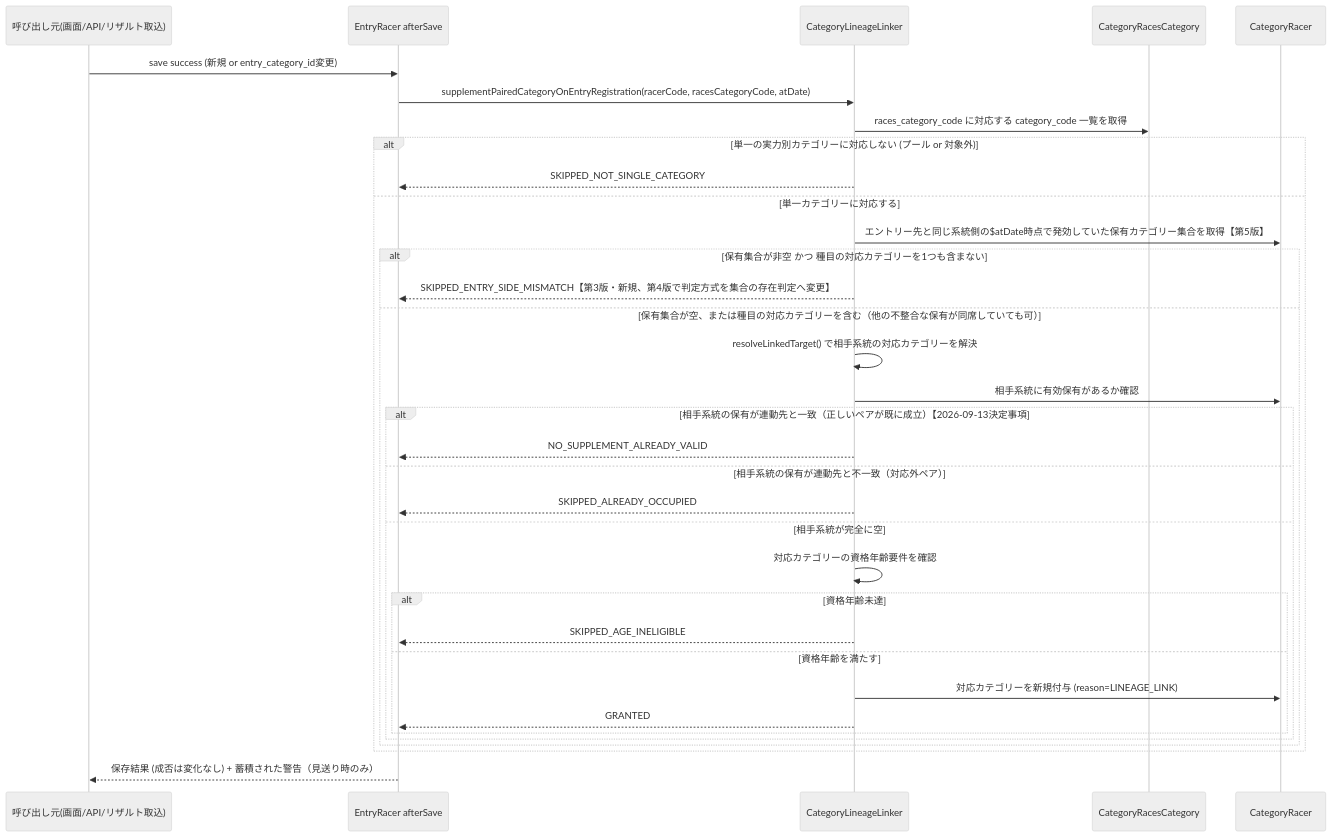
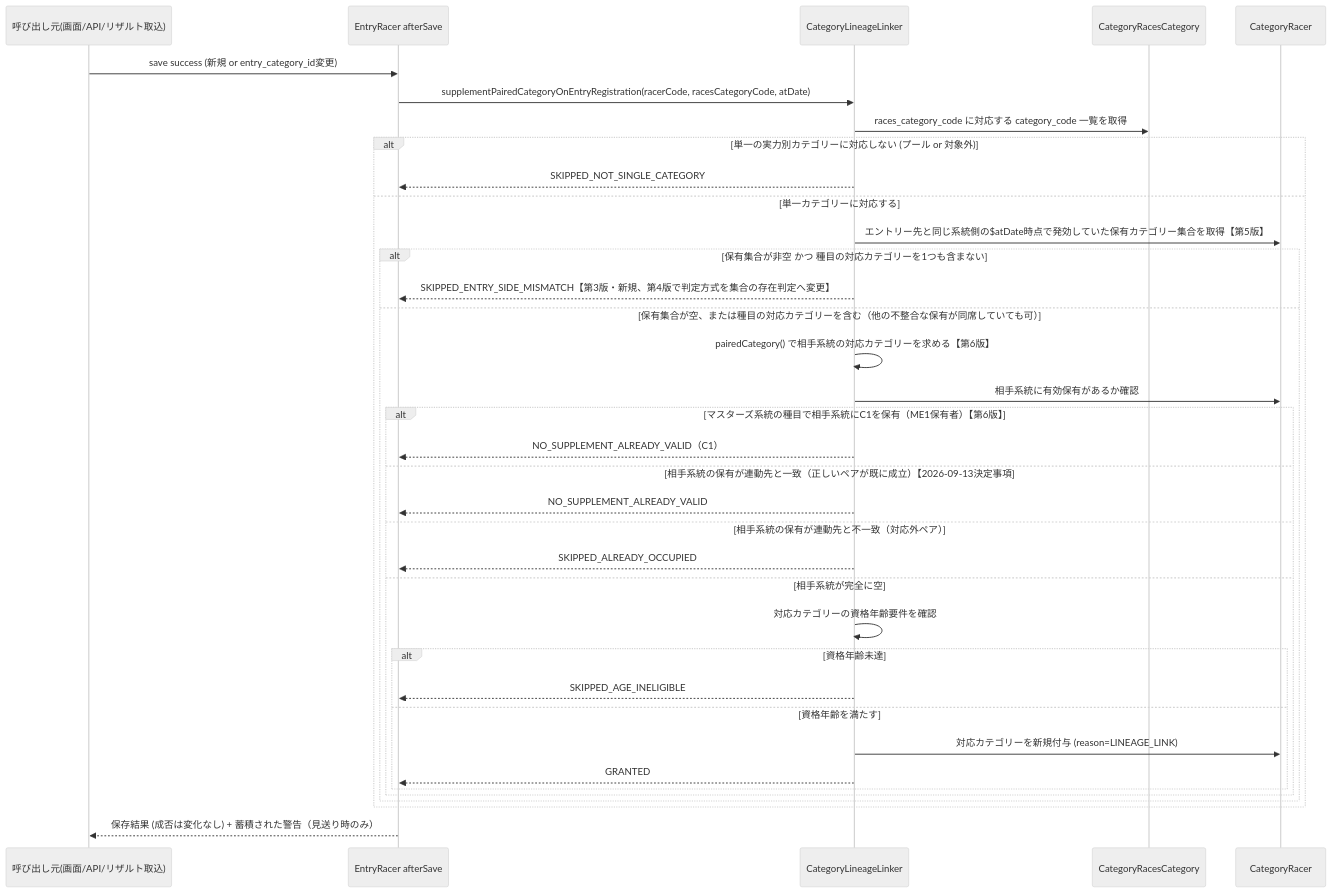
One commit to cyclox-dev/cyclox2_docker changed the second of 4 diagrams in .kiro/specs/entry-auto-category-2026-27/design.md. Above: the diagram before and after it, drawn with Mermaid (neutral theme). The commit also changed other lines of this file and 14 other files, not shown here.

````diff
--- a/.kiro/specs/entry-auto-category-2026-27/design.md
+++ b/.kiro/specs/entry-auto-category-2026-27/design.md
@@ -300,37 +350,39 @@
 ```mermaid
 sequenceDiagram
     participant Caller as 呼び出し元(画面/API/リザルト取込)
     participant ER as EntryRacer afterSave
     participant Linker as CategoryLineageLinker
     participant CRC as CategoryRacesCategory
     participant CR as CategoryRacer
 
     Caller->>ER: save success (新規 or entry_category_id変更)
     ER->>Linker: supplementPairedCategoryOnEntryRegistration(racerCode, racesCategoryCode, atDate)
     Linker->>CRC: races_category_code に対応する category_code 一覧を取得
     alt 単一の実力別カテゴリーに対応しない (プール or 対象外)
         Linker-->>ER: SKIPPED_NOT_SINGLE_CATEGORY
     else 単一カテゴリーに対応する
         Linker->>CR: エントリー先と同じ系統側の$atDate時点で発効していた保有カテゴリー集合を取得【第5版】
         alt 保有集合が非空 かつ 種目の対応カテゴリーを1つも含まない
             Linker-->>ER: SKIPPED_ENTRY_SIDE_MISMATCH【第3版・新規、第4版で判定方式を集合の存在判定へ変更】
         else 保有集合が空、または種目の対応カテゴリーを含む（他の不整合な保有が同席していても可）
-            Linker->>Linker: resolveLinkedTarget() で相手系統の対応カテゴリーを解決
+            Linker->>Linker: pairedCategory() で相手系統の対応カテゴリーを求める【第6版】
             Linker->>CR: 相手系統に有効保有があるか確認
-            alt 相手系統の保有が連動先と一致（正しいペアが既に成立）【2026-09-13決定事項#13】
+            alt マスターズ系統の種目で相手系統にC1を保有（ME1保有者）【第6版】
+                Linker-->>ER: NO_SUPPLEMENT_ALREADY_VALID（C1）
+            else 相手系統の保有が連動先と一致（正しいペアが既に成立）【2026-09-13決定事項#13】
                 Linker-->>ER: NO_SUPPLEMENT_ALREADY_VALID
             else 相手系統の保有が連動先と不一致（対応外ペア）
                 Linker-->>ER: SKIPPED_ALREADY_OCCUPIED
             else 相手系統が完全に空
                 Linker->>Linker: 対応カテゴリーの資格年齢要件を確認
                 alt 資格年齢未達
                     Linker-->>ER: SKIPPED_AGE_INELIGIBLE
                 else 資格年齢を満たす
                     Linker->>CR: 対応カテゴリーを新規付与 (reason=LINEAGE_LINK)
                     Linker-->>ER: GRANTED
                 end
             end
         end
     end
     ER-->>Caller: 保存結果 (成否は変化なし) + 蓄積された警告（見送り時のみ）
 ```
````
